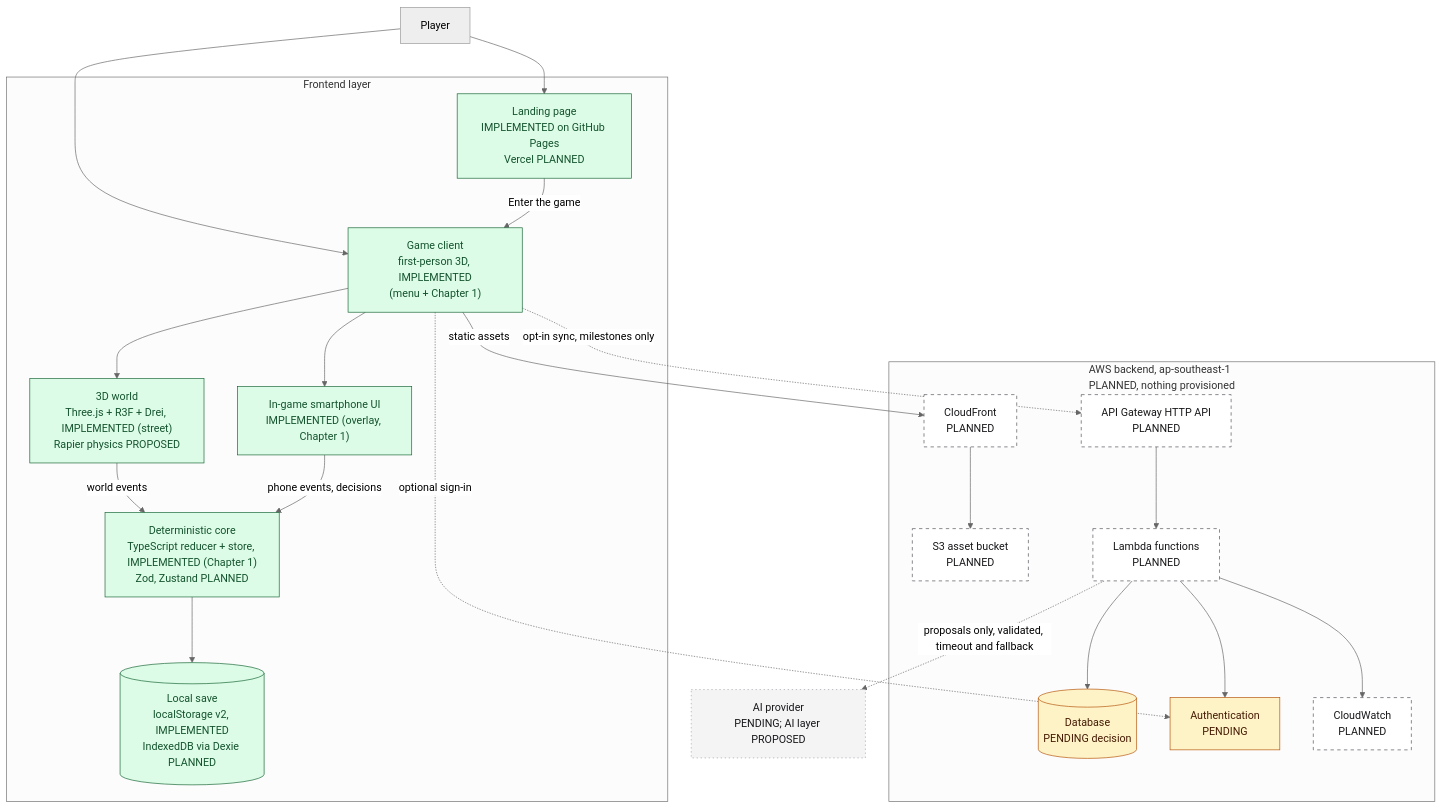
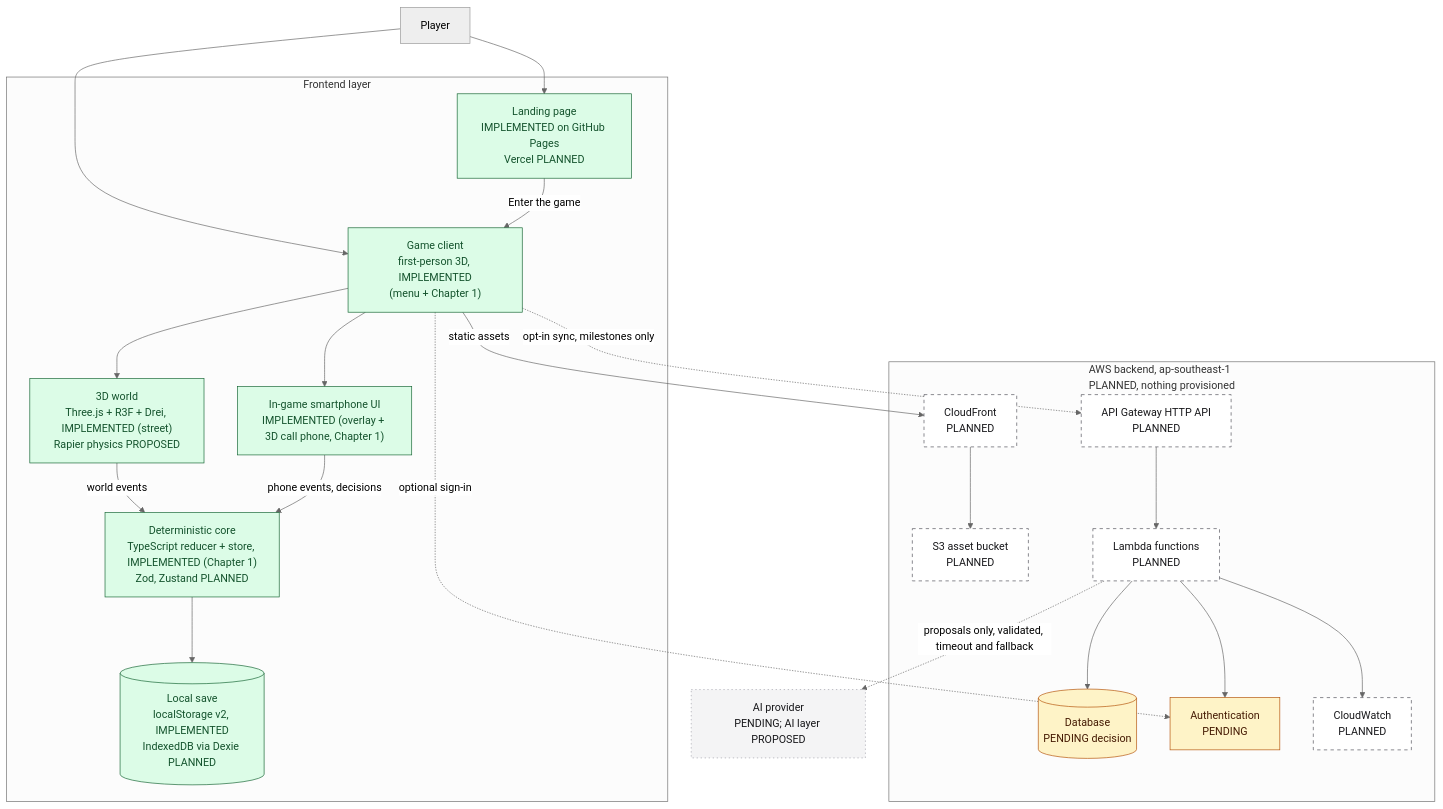
Before and after one commit to teehihi/scam-maze: the second of 2 diagrams in docs/architecture/OVERVIEW.md, drawn with Mermaid (neutral theme). The commit also changed other lines of this file and 5 other files, not shown here.

Commit message:
docs(game): record the 3D phone call UI

````diff
--- a/docs/architecture/OVERVIEW.md
+++ b/docs/architecture/OVERVIEW.md
@@ -100,52 +100,52 @@
 ```mermaid
 flowchart TB
     U["Player"]
 
     subgraph FE["Frontend layer"]
         L["Landing page<br/>IMPLEMENTED on GitHub Pages<br/>Vercel PLANNED"]
         G["Game client<br/>first-person 3D, IMPLEMENTED<br/>(menu + Chapter 1)"]
         W3["3D world<br/>Three.js + R3F + Drei, IMPLEMENTED (street)<br/>Rapier physics PROPOSED"]
-        PHONE["In-game smartphone UI<br/>IMPLEMENTED (overlay, Chapter 1)"]
+        PHONE["In-game smartphone UI<br/>IMPLEMENTED (overlay + 3D call phone, Chapter 1)"]
         LOCAL["Deterministic core<br/>TypeScript reducer + store, IMPLEMENTED (Chapter 1)<br/>Zod, Zustand PLANNED"]
         IDB[("Local save<br/>localStorage v2, IMPLEMENTED<br/>IndexedDB via Dexie PLANNED")]
     end
 
     subgraph AWSB["AWS backend, ap-southeast-1<br/>PLANNED, nothing provisioned"]
         CDN["CloudFront<br/>PLANNED"]
         S3B["S3 asset bucket<br/>PLANNED"]
         API["API Gateway HTTP API<br/>PLANNED"]
         FN["Lambda functions<br/>PLANNED"]
         DB[("Database<br/>PENDING decision")]
         AUTH["Authentication<br/>PENDING"]
         CW["CloudWatch<br/>PLANNED"]
     end
 
     AI["AI provider<br/>PENDING; AI layer PROPOSED"]
 
     U --> L
     U --> G
     L -->|"Enter the game"| G
     G --> W3
     G --> PHONE
     W3 -->|"world events"| LOCAL
     PHONE -->|"phone events, decisions"| LOCAL
     LOCAL --> IDB
     G -->|"static assets"| CDN
     CDN --> S3B
     G -.->|"opt-in sync, milestones only"| API
     G -.->|"optional sign-in"| AUTH
     API --> FN
     FN --> DB
     FN --> AUTH
     FN --> CW
     FN -.->|"proposals only, validated, timeout and fallback"| AI
 
     classDef implemented fill:#dcfce7,stroke:#166534,color:#14532d
     classDef planned fill:#ffffff,stroke:#52525b,stroke-dasharray:5 5,color:#18181b
     classDef pending fill:#fef3c7,stroke:#b45309,color:#451a03
     classDef proposed fill:#f4f4f5,stroke:#a1a1aa,stroke-dasharray:2 4,color:#18181b
     class L,G,W3,PHONE,LOCAL,IDB implemented
     class CDN,S3B,API,FN,CW planned
     class DB,AUTH pending
     class AI proposed
 ```
````
